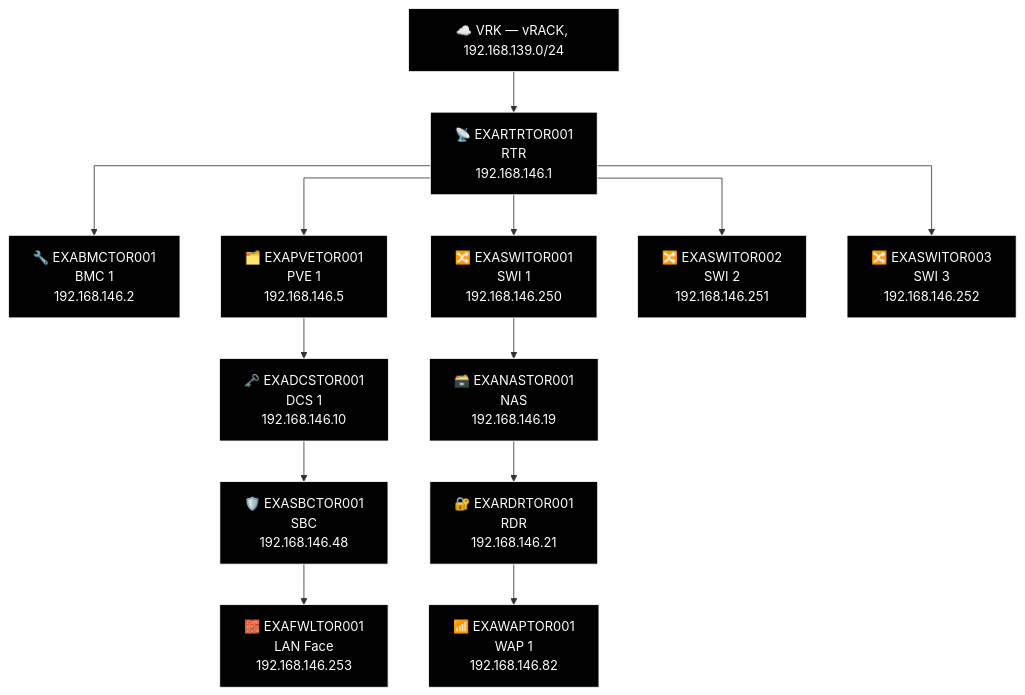
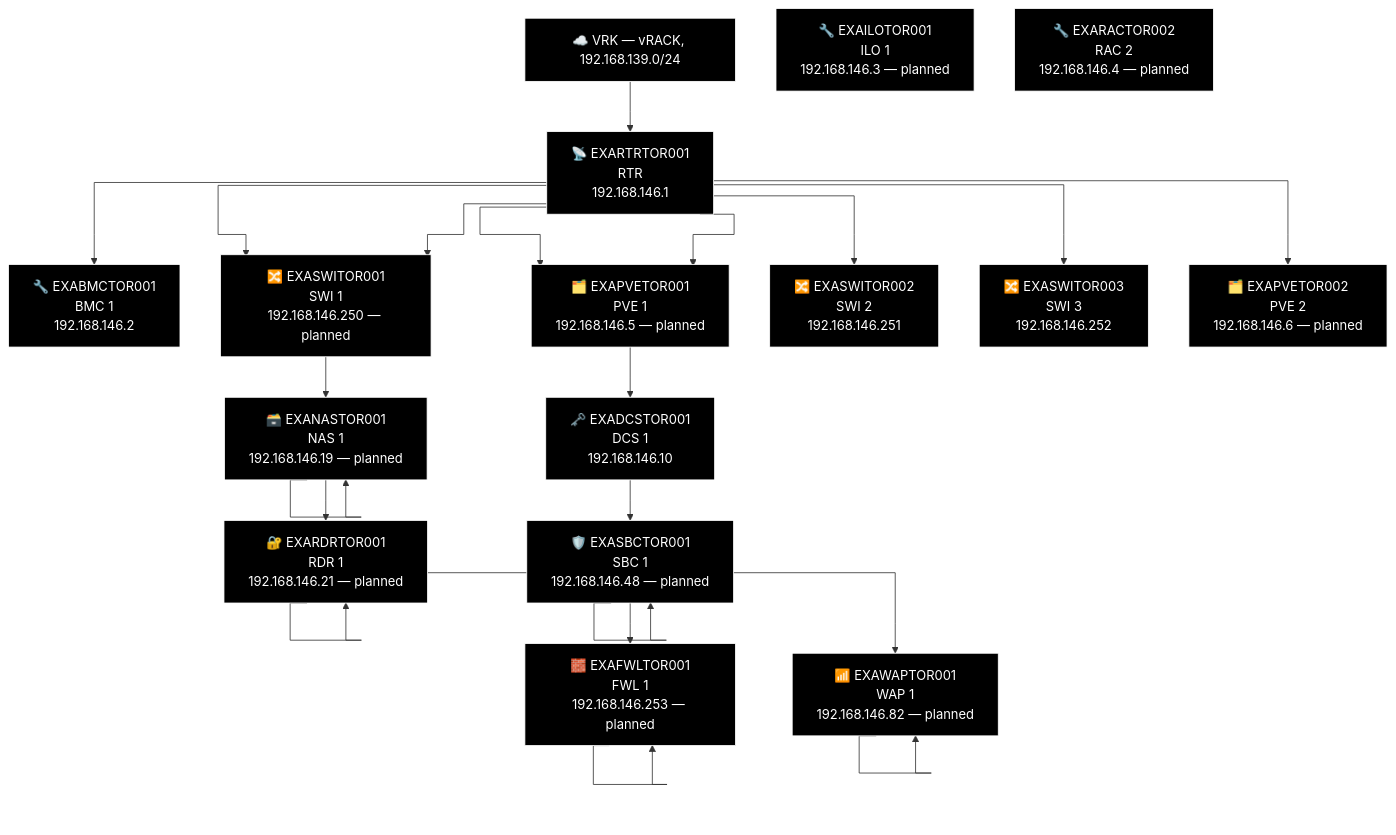
Before and after one commit to knightmare2600/example_music_infra: the sixth of 9 diagrams in docs/network-diagram/canada.md, drawn with Mermaid. The commit also changed other lines of this file and 12 other files, not shown here.

````diff
--- a/docs/network-diagram/canada.md
+++ b/docs/network-diagram/canada.md
@@ -268,40 +287,63 @@
 ```mermaid
 %% GENERATED:TOPOLOGY:TOR:START
 %%{init: {'flowchart': {'curve': 'stepAfter'}}}%%
 graph TD
     T_VRK["☁️ VRK — vRACK, 192.168.139.0/24"]
     T_RTR["📡 EXARTRTOR001<br/>RTR<br/>192.168.146.1"]
     T_VRK --> T_RTR
     T_BMC["🔧 EXABMCTOR001<br/>BMC 1<br/>192.168.146.2"]
     T_RTR --> T_BMC
     T_PVE["🗂️ EXAPVETOR001<br/>PVE 1<br/>192.168.146.5"]
     T_RTR --> T_PVE
     T_SWI["🔀 EXASWITOR001<br/>SWI 1<br/>192.168.146.250"]
     T_RTR --> T_SWI
     T_SWI2["🔀 EXASWITOR002<br/>SWI 2<br/>192.168.146.251"]
     T_RTR --> T_SWI2
     T_SWI3["🔀 EXASWITOR003<br/>SWI 3<br/>192.168.146.252"]
     T_RTR --> T_SWI3
+    T_SWI["🔀 EXASWITOR001<br/>SWI 1<br/>192.168.146.250 — planned"]
+    T_RTR --> T_SWI
+    T_PVE["🗂️ EXAPVETOR001<br/>PVE 1<br/>192.168.146.5 — planned"]
+    T_RTR --> T_PVE
+    T_PVE2["🗂️ EXAPVETOR002<br/>PVE 2<br/>192.168.146.6 — planned"]
+    T_RTR --> T_PVE2
     T_NAS["🗃️ EXANASTOR001<br/>NAS<br/>192.168.146.19"]
+    T_NAS["🗃️ EXANASTOR001<br/>NAS 1<br/>192.168.146.19 — planned"]
     T_RDR["🔐 EXARDRTOR001<br/>RDR<br/>192.168.146.21"]
+    T_RDR["🔐 EXARDRTOR001<br/>RDR 1<br/>192.168.146.21 — planned"]
     T_WAP["📶 EXAWAPTOR001<br/>WAP 1<br/>192.168.146.82"]
-    T_SWI --> T_NAS --> T_RDR --> T_WAP
+    T_WAP["📶 EXAWAPTOR001<br/>WAP 1<br/>192.168.146.82 — planned"]
+    T_SWI --> T_NAS --> T_NAS --> T_RDR --> T_RDR --> T_WAP --> T_WAP
     T_DCS["🗝️ EXADCSTOR001<br/>DCS 1<br/>192.168.146.10"]
     T_SBC["🛡️ EXASBCTOR001<br/>SBC<br/>192.168.146.48"]
+    T_SBC["🛡️ EXASBCTOR001<br/>SBC 1<br/>192.168.146.48 — planned"]
     T_FWL["🧱 EXAFWLTOR001<br/>LAN Face<br/>192.168.146.253"]
-    T_PVE --> T_DCS --> T_SBC --> T_FWL
+    T_FWL["🧱 EXAFWLTOR001<br/>FWL 1<br/>192.168.146.253 — planned"]
+    T_PVE --> T_DCS --> T_SBC --> T_SBC --> T_FWL --> T_FWL
+    T_ILO["🔧 EXAILOTOR001<br/>ILO 1<br/>192.168.146.3 — planned"]
+    T_RAC["🔧 EXARACTOR002<br/>RAC 2<br/>192.168.146.4 — planned"]
     style T_VRK fill:#000000,stroke:#FFFFFF,color:#FFFFFF
     style T_RTR fill:#000000,stroke:#FFFFFF,color:#FFFFFF
     style T_BMC fill:#000000,stroke:#FFFFFF,color:#FFFFFF
     style T_PVE fill:#000000,stroke:#FFFFFF,color:#FFFFFF
     style T_SWI fill:#000000,stroke:#FFFFFF,color:#FFFFFF
     style T_SWI2 fill:#000000,stroke:#FFFFFF,color:#FFFFFF
     style T_SWI3 fill:#000000,stroke:#FFFFFF,color:#FFFFFF
+    style T_SWI fill:#000000,stroke:#FFFFFF,color:#FFFFFF
+    style T_PVE fill:#000000,stroke:#FFFFFF,color:#FFFFFF
+    style T_PVE2 fill:#000000,stroke:#FFFFFF,color:#FFFFFF
+    style T_NAS fill:#000000,stroke:#FFFFFF,color:#FFFFFF
     style T_NAS fill:#000000,stroke:#FFFFFF,color:#FFFFFF
     style T_RDR fill:#000000,stroke:#FFFFFF,color:#FFFFFF
+    style T_RDR fill:#000000,stroke:#FFFFFF,color:#FFFFFF
+    style T_WAP fill:#000000,stroke:#FFFFFF,color:#FFFFFF
     style T_WAP fill:#000000,stroke:#FFFFFF,color:#FFFFFF
     style T_DCS fill:#000000,stroke:#FFFFFF,color:#FFFFFF
     style T_SBC fill:#000000,stroke:#FFFFFF,color:#FFFFFF
+    style T_SBC fill:#000000,stroke:#FFFFFF,color:#FFFFFF
     style T_FWL fill:#000000,stroke:#FFFFFF,color:#FFFFFF
+    style T_FWL fill:#000000,stroke:#FFFFFF,color:#FFFFFF
+    style T_ILO fill:#000000,stroke:#FFFFFF,color:#FFFFFF
+    style T_RAC fill:#000000,stroke:#FFFFFF,color:#FFFFFF
 %% GENERATED:TOPOLOGY:TOR:END
 ```
````
